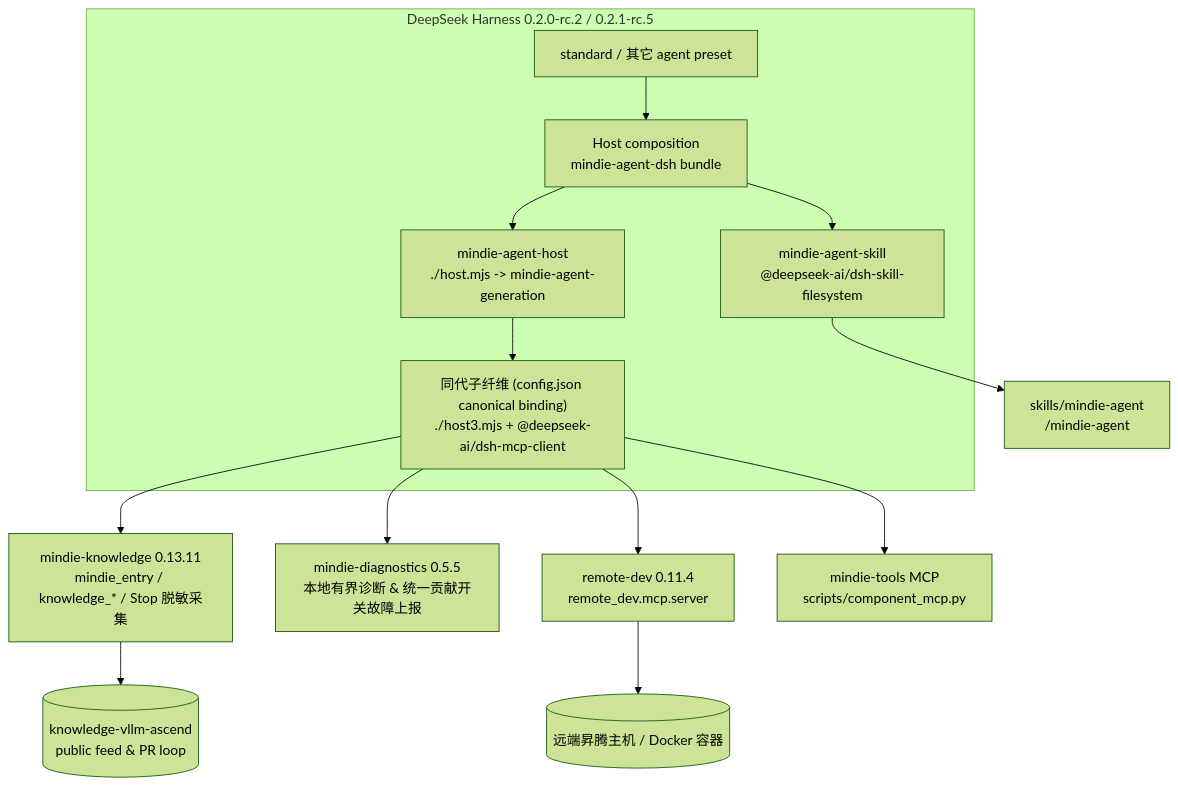
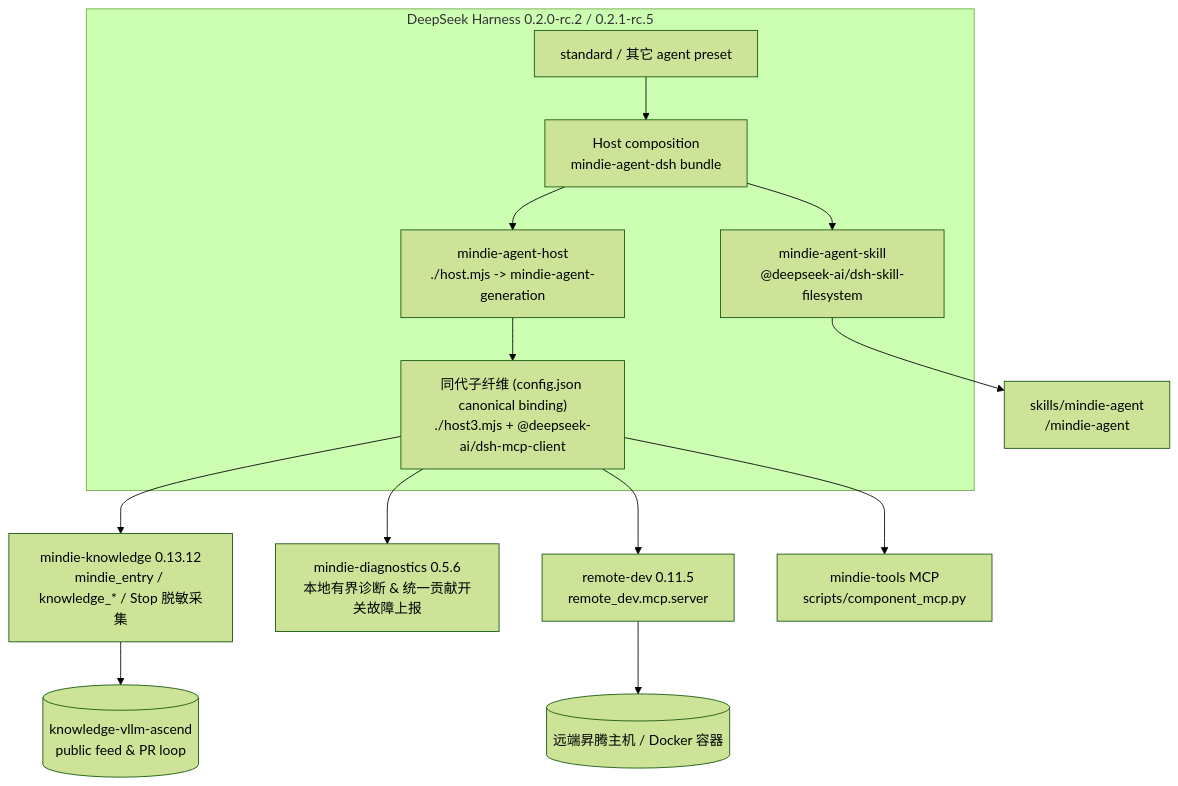
Before and after one commit to mindie-agent/mindie-agent-dsh: the diagram in README.md, drawn with Mermaid (forest theme). The commit also changed other lines of this file and 19 other files, not shown here.

````diff
--- a/README.md
+++ b/README.md
@@ -134,21 +134,21 @@
 ```mermaid
 flowchart TB
   subgraph DSH["DeepSeek Harness 0.2.0-rc.2 / 0.2.1-rc.5"]
     HOST["Host composition<br/>mindie-agent-dsh bundle"]
     STD["standard / 其它 agent preset"]
     SKILL["mindie-agent-skill<br/>@deepseek-ai/dsh-skill-filesystem"]
     HPLUG["mindie-agent-host<br/>./host.mjs -> mindie-agent-generation"]
     GEN["同代子纤维 (config.json canonical binding)<br/>./host3.mjs + @deepseek-ai/dsh-mcp-client"]
     STD --> HOST
     HOST --> SKILL
     HOST --> HPLUG
     HPLUG --> GEN
   end
   SKILL --> SK["skills/mindie-agent<br/>/mindie-agent"]
-  GEN --> KS["mindie-knowledge 0.13.11<br/>mindie_entry / knowledge_* / Stop 脱敏采集"]
-  GEN --> DIAG["mindie-diagnostics 0.5.5<br/>本地有界诊断 & 统一贡献开关故障上报"]
+  GEN --> KS["mindie-knowledge 0.13.12<br/>mindie_entry / knowledge_* / Stop 脱敏采集"]
+  GEN --> DIAG["mindie-diagnostics 0.5.6<br/>本地有界诊断 & 统一贡献开关故障上报"]
   KS --> FEED[("knowledge-vllm-ascend<br/>public feed & PR loop")]
-  GEN --> RD["remote-dev 0.11.4<br/>remote_dev.mcp.server"]
+  GEN --> RD["remote-dev 0.11.5<br/>remote_dev.mcp.server"]
   GEN --> MT["mindie-tools MCP<br/>scripts/component_mcp.py"]
   RD --> NPU[("远端昇腾主机 / Docker 容器")]
 ```
````
